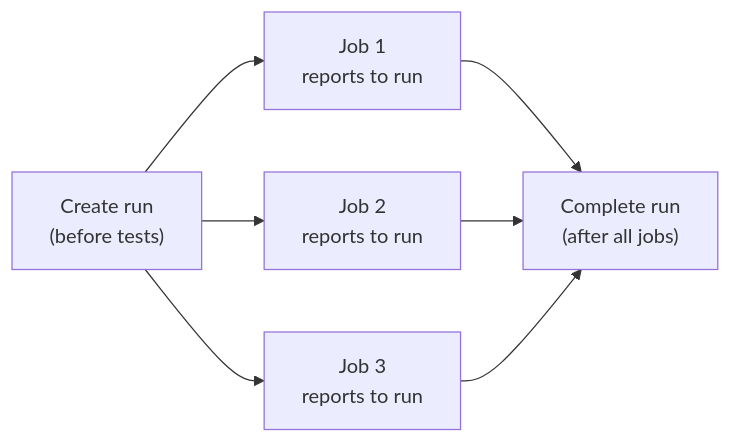
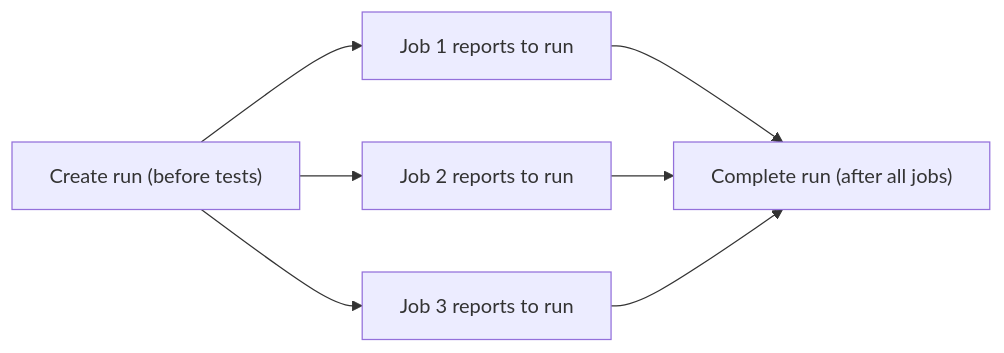
The diagram in docs/Setup/deploy.md (qase-tms/reporter-docs), drawn with Mermaid before and after one commit.

Commit message:
Update doc `deploy`

````diff
--- a/docs/Setup/deploy.md
+++ b/docs/Setup/deploy.md
@@ -101,9 +101,9 @@
 ```mermaid
 flowchart LR
-    A["Create run\n(before tests)"] --> B["Job 1\nreports to run"]
-    A --> C["Job 2\nreports to run"]
-    A --> D["Job 3\nreports to run"]
-    B --> E["Complete run\n(after all jobs)"]
+    A["Create run (before tests)"] --> B["Job 1 reports to run"]
+    A --> C["Job 2 reports to run"]
+    A --> D["Job 3 reports to run"]
+    B --> E["Complete run (after all jobs)"]
     C --> E
     D --> E
 ```
````
